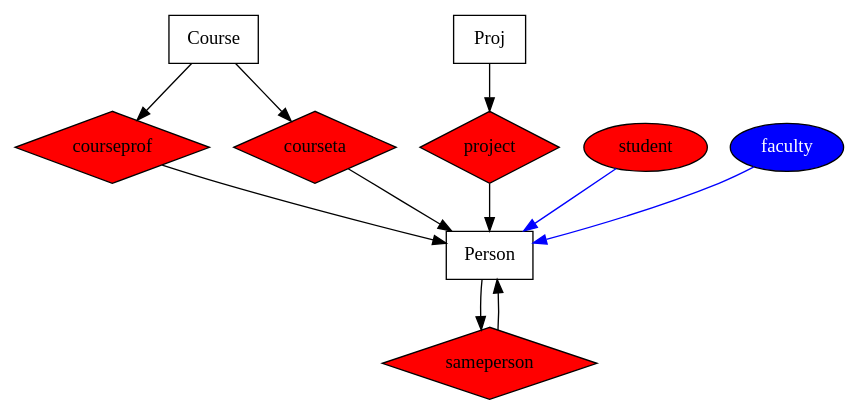
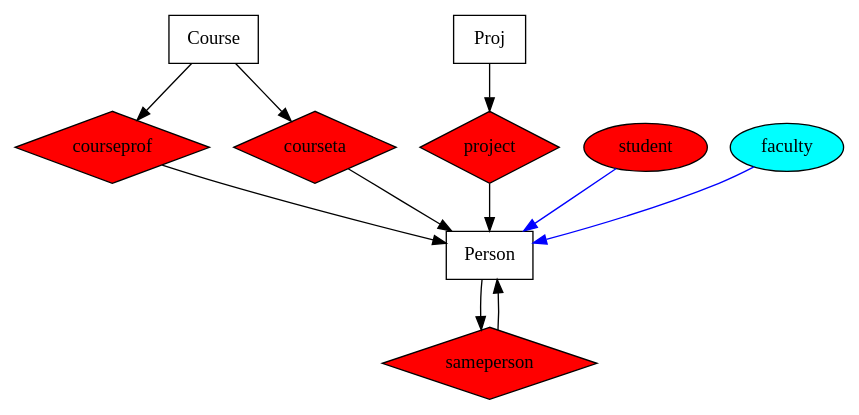
One commit to harshakokel/JA-Walk-ER changed the diagram in dots/webkb.dot. Above: the diagram before and after it, drawn with Graphviz. The commit also changed 11 other files, not shown here.

```diff
--- a/dots/webkb.dot
+++ b/dots/webkb.dot
@@ -1,48 +1,47 @@
 digraph G {
     style="filled";
     edge [comment="Wildcard node added automatic in EG."];
     node [comment="Wildcard node added automatic in EG."];
     "Course" [shape="box"];
     "Person" [shape="box"];
     "project" [width="0.5", 
                style="filled", 
                orientation="45.0", 
                shape="polygon", 
                fillcolor="red", 
                height="0.75"];
     "student" [style="filled", 
                fillcolor="red"];
     "courseprof" [width="0.5", 
                   style="filled", 
                   orientation="45.0", 
                   height="0.75", 
                   shape="polygon", 
                   fillcolor="red", 
                   distortion="0.0"];
     "courseta" [orientation="45.0", 
                 shape="polygon", 
                 style="filled", 
                 fillcolor="red", 
                 height="0.75"];
     "Proj" [shape="box"];
     "sameperson" [orientation="45.0", 
                   shape="polygon", 
                   style="filled", 
                   fillcolor="red", 
                   height="0.75"];
     "Person" -> "sameperson";
     "sameperson" -> "Person";
     "project" -> "Person";
     "Proj" -> "project";
     "student" -> "Person"  [color="blue", 
                             style="solid"];
     "Course" -> "courseta";
     "courseta" -> "Person";
     "Course" -> "courseprof";
     "courseprof" -> "Person";
-    "faculty" [fontcolor="white", 
-               shape="ellipse", 
+    "faculty" [shape="ellipse", 
                style="filled", 
-               fillcolor="blue"];
+               fillcolor="cyan"];
     "faculty" -> "Person"  [color="blue"];
 }
```
